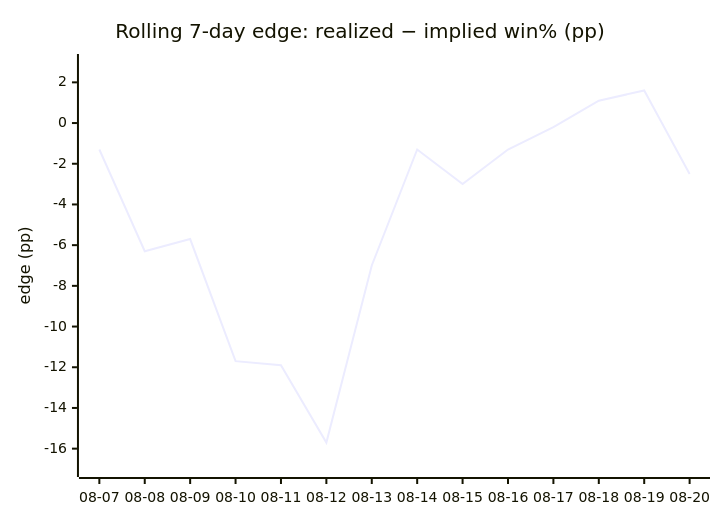
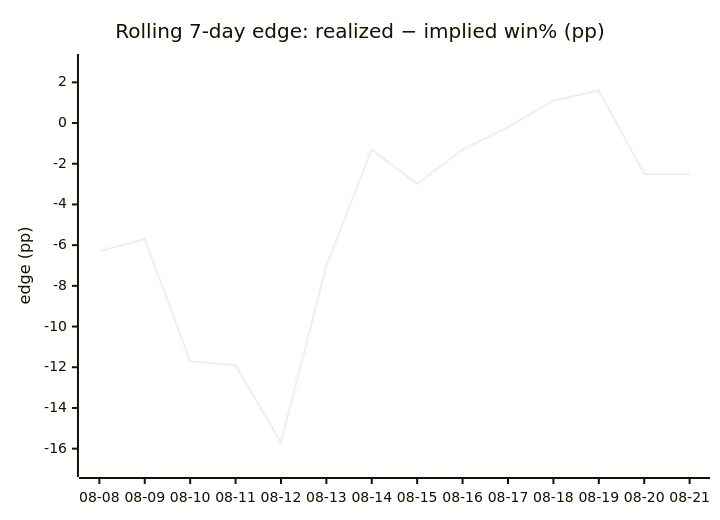
The fourth of 4 diagrams in DAILY_AGSU_REPORT.md (dpk1212/nhl-savant), drawn with Mermaid before and after one commit. The commit also changed other lines of this file, not shown here.

````diff
--- a/DAILY_AGSU_REPORT.md
+++ b/DAILY_AGSU_REPORT.md
@@ -842,7 +850,7 @@
 ```mermaid
 xychart-beta
     title "Rolling 7-day edge: realized − implied win% (pp)"
-    x-axis ["08-07", "08-08", "08-09", "08-10", "08-11", "08-12", "08-13", "08-14", "08-15", "08-16", "08-17", "08-18", "08-19", "08-20"]
+    x-axis ["08-08", "08-09", "08-10", "08-11", "08-12", "08-13", "08-14", "08-15", "08-16", "08-17", "08-18", "08-19", "08-20", "08-21"]
     y-axis "edge (pp)" -17 --> 3
-    line [-1.3, -6.3, -5.7, -11.7, -11.9, -15.7, -7, -1.3, -3, -1.3, -0.2, 1.1, 1.6, -2.5]
+    line [-6.3, -5.7, -11.7, -11.9, -15.7, -7, -1.3, -3, -1.3, -0.2, 1.1, 1.6, -2.5, -2.5]
 ```
````
